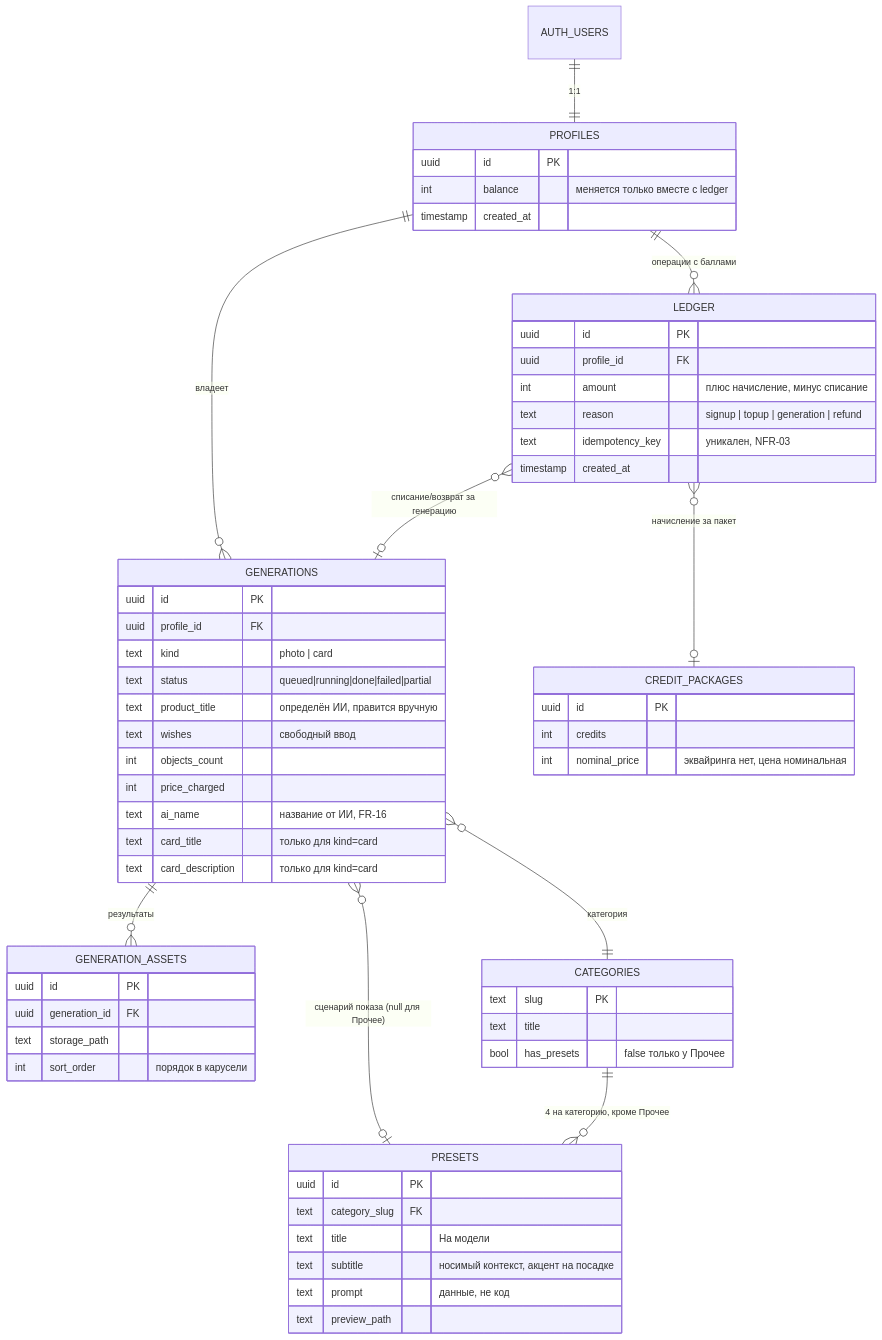
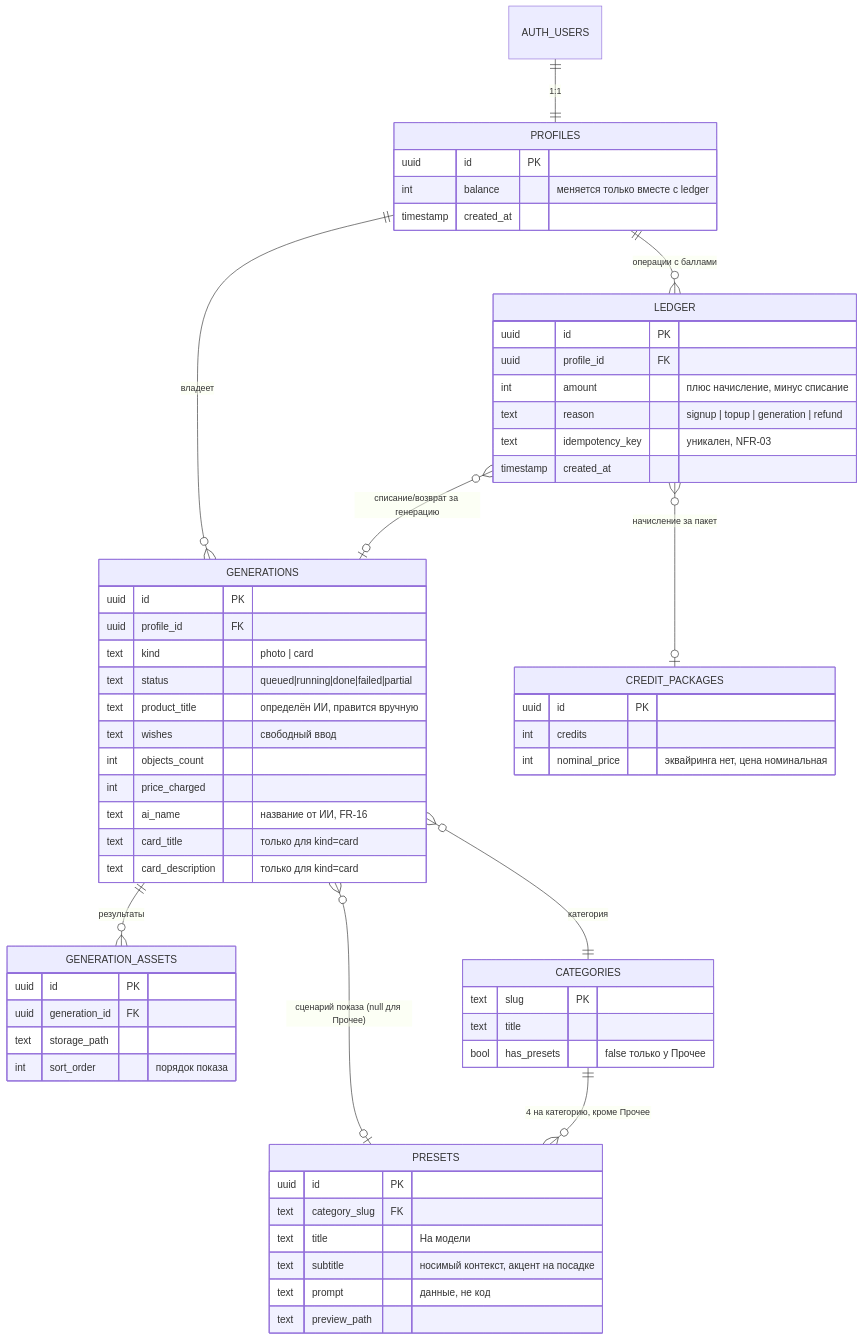
One commit to ovr58/MerchKit changed the fourth of 6 diagrams in docs/VISUALS.md. Above: the diagram before and after it, drawn with Mermaid. The commit also changed other lines of this file and 8 other files, not shown here.

````diff
--- a/docs/VISUALS.md
+++ b/docs/VISUALS.md
@@ -117,63 +118,63 @@
 ```mermaid
 erDiagram
     AUTH_USERS ||--|| PROFILES : "1:1"
     PROFILES ||--o{ LEDGER : "операции с баллами"
     PROFILES ||--o{ GENERATIONS : "владеет"
     GENERATIONS ||--o{ GENERATION_ASSETS : "результаты"
     GENERATIONS }o--|| CATEGORIES : "категория"
     GENERATIONS }o--o| PRESETS : "сценарий показа (null для Прочее)"
     CATEGORIES ||--o{ PRESETS : "4 на категорию, кроме Прочее"
     LEDGER }o--o| GENERATIONS : "списание/возврат за генерацию"
     LEDGER }o--o| CREDIT_PACKAGES : "начисление за пакет"
 
     PROFILES {
         uuid id PK
         int balance "меняется только вместе с ledger"
         timestamp created_at
     }
     LEDGER {
         uuid id PK
         uuid profile_id FK
         int amount "плюс начисление, минус списание"
         text reason "signup | topup | generation | refund"
         text idempotency_key "уникален, NFR-03"
         timestamp created_at
     }
     GENERATIONS {
         uuid id PK
         uuid profile_id FK
         text kind "photo | card"
         text status "queued|running|done|failed|partial"
         text product_title "определён ИИ, правится вручную"
         text wishes "свободный ввод"
         int objects_count
         int price_charged
         text ai_name "название от ИИ, FR-16"
         text card_title "только для kind=card"
         text card_description "только для kind=card"
     }
     GENERATION_ASSETS {
         uuid id PK
         uuid generation_id FK
         text storage_path
-        int sort_order "порядок в карусели"
+        int sort_order "порядок показа"
     }
     CATEGORIES {
         text slug PK
         text title
         bool has_presets "false только у Прочее"
     }
     PRESETS {
         uuid id PK
         text category_slug FK
         text title "На модели"
         text subtitle "носимый контекст, акцент на посадке"
         text prompt "данные, не код"
         text preview_path
     }
     CREDIT_PACKAGES {
         uuid id PK
         int credits
         int nominal_price "эквайринга нет, цена номинальная"
     }
 ```
````
